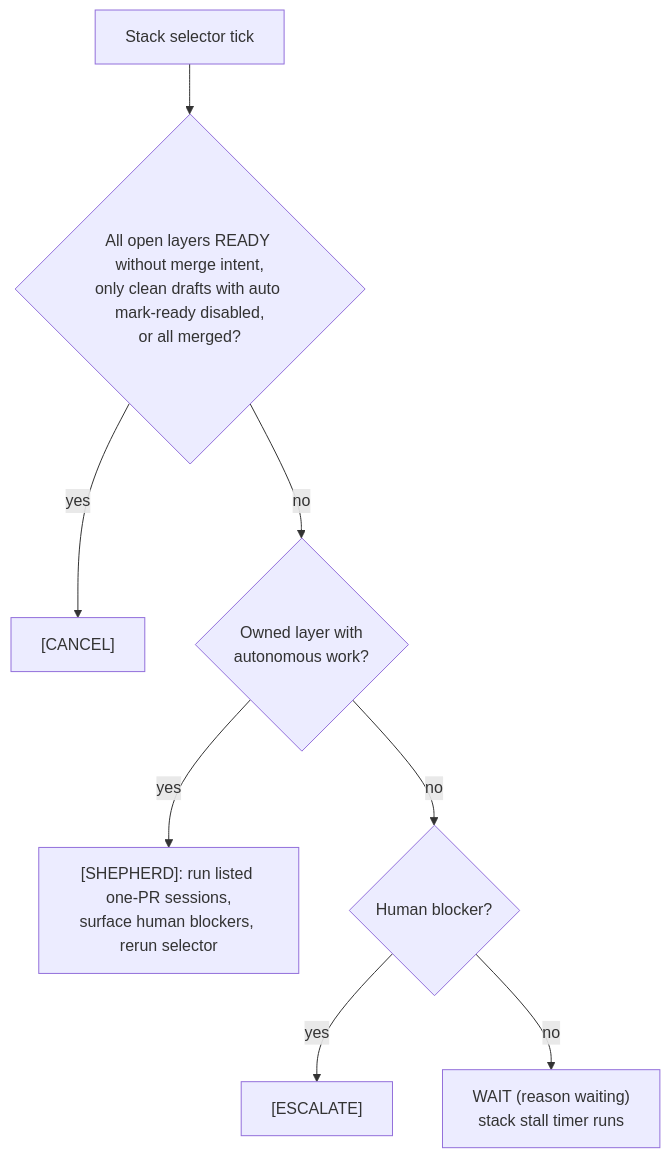
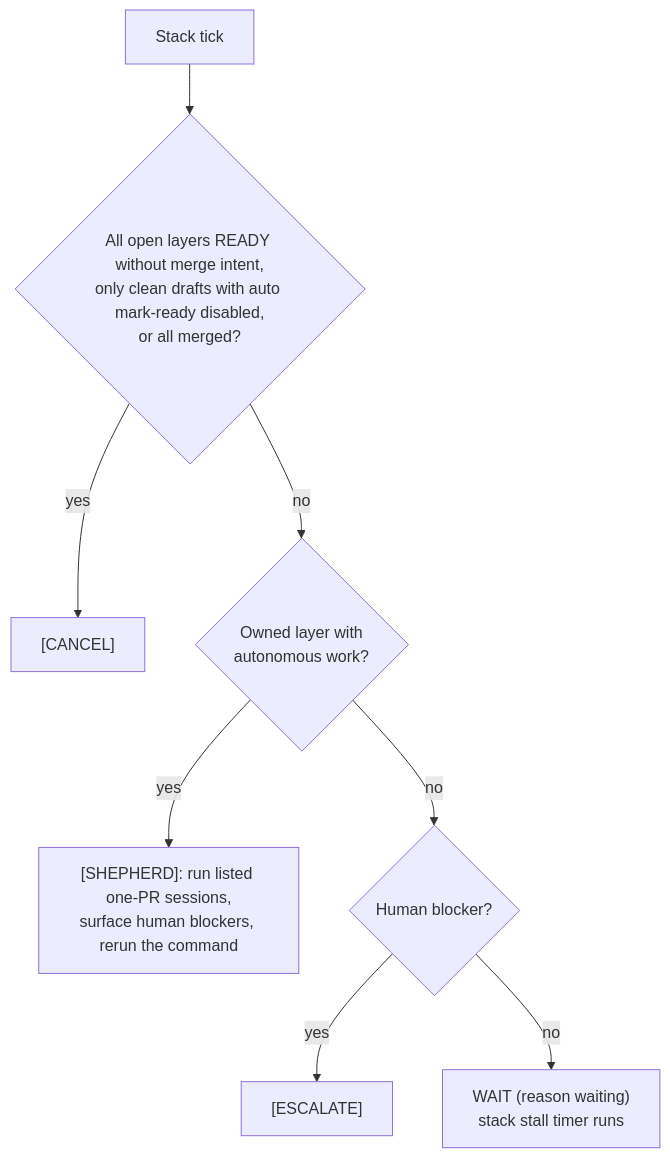
Before and after one commit to jonathanong/pr-shepherd: the diagram in docs/actions.md, drawn with Mermaid. The commit also changed other lines of this file and 372 other files, not shown here.

First line of the commit message:
feat!: split stack into its own command, make iterate one tick, rename suggest (#606)

````diff
--- a/docs/actions.md
+++ b/docs/actions.md
@@ -215,10 +217,10 @@
 ```mermaid
 flowchart TD
-  A[Stack selector tick] --> B{All open layers READY without merge intent,<br/>only clean drafts with auto mark-ready disabled,<br/>or all merged?}
+  A[Stack tick] --> B{All open layers READY without merge intent,<br/>only clean drafts with auto mark-ready disabled,<br/>or all merged?}
   B -- yes --> C["[CANCEL]"]
   B -- no --> D{Owned layer with<br/>autonomous work?}
-  D -- yes --> E["[SHEPHERD]: run listed one-PR sessions,<br/>surface human blockers, rerun selector"]
+  D -- yes --> E["[SHEPHERD]: run listed one-PR sessions,<br/>surface human blockers, rerun the command"]
   D -- no --> F{Human blocker?}
   F -- yes --> G["[ESCALATE]"]
   F -- no --> H["WAIT (reason waiting)<br/>stack stall timer runs"]
 ```
````
